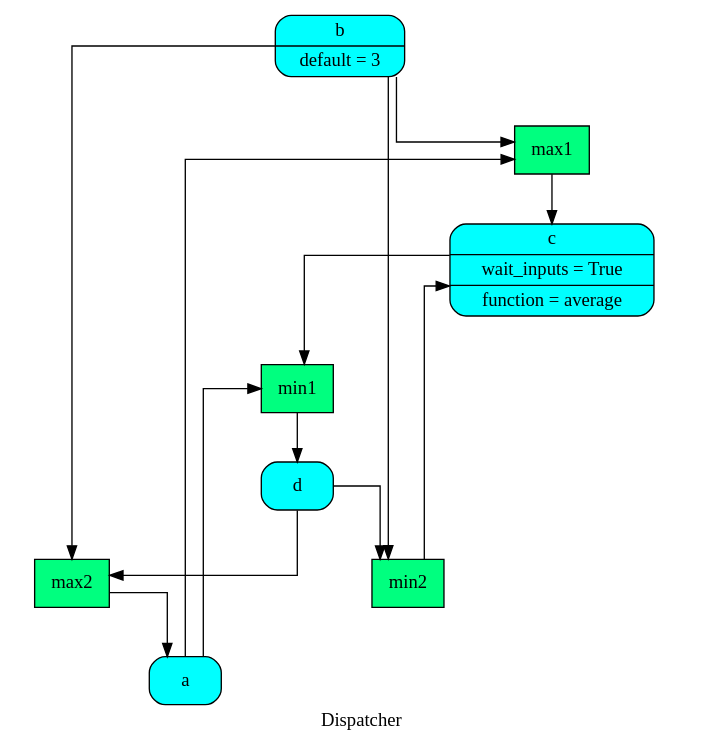
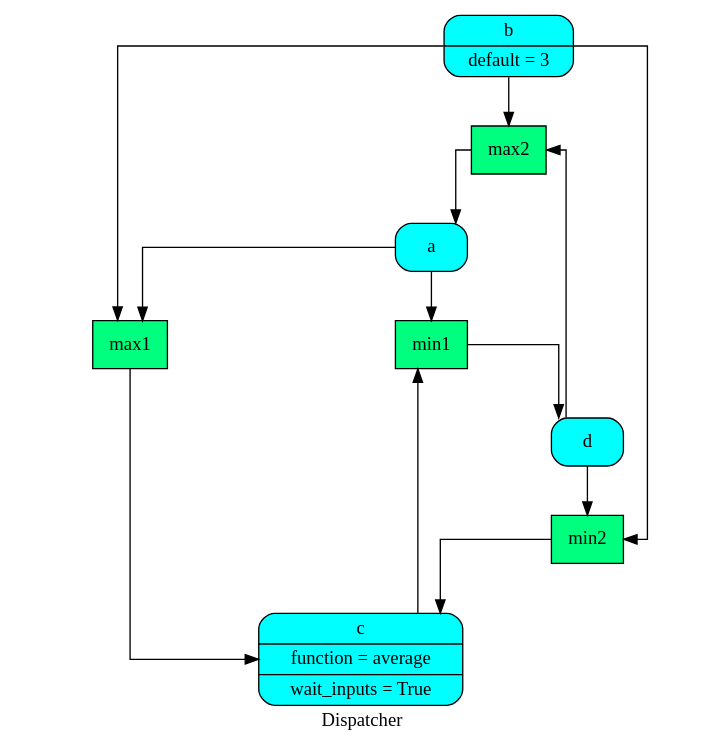
The diagram in doc/source/dispatcher/__init__/remove_cycles/dsp.dot (vinci1it2000/schedula), drawn with Graphviz before and after one commit. The commit also changed 23 other files, not shown here.

```diff
--- a/doc/source/dispatcher/__init__/remove_cycles/dsp.dot
+++ b/doc/source/dispatcher/__init__/remove_cycles/dsp.dot
@@ -1,26 +1,26 @@
 digraph Dispatcher {
 	graph [ratio=1]
 	node [style=filled]
 	splines = ortho
 	label = "Dispatcher"
-		Dispatcher_2818472975434021684 [label="{ max1  }" fillcolor=springgreen shape=record]
-		Dispatcher_1161704250910580454 [label="{ c | wait_inputs = True | function = average }" fillcolor=cyan shape=Mrecord]
-		"Dispatcher_-7776202301500148952" [label="{ a  }" fillcolor=cyan shape=Mrecord]
-		"Dispatcher_-3213620635472148116" [label="{ max2  }" fillcolor=springgreen shape=record]
-		"Dispatcher_-2731849412965960310" [label="{ min1  }" fillcolor=springgreen shape=record]
-		"Dispatcher_-2827990929827519670" [label="{ min2  }" fillcolor=springgreen shape=record]
-		Dispatcher_3212931600518739037 [label="{ b | default = 3 }" fillcolor=cyan shape=Mrecord]
-		Dispatcher_1248373816960019038 [label="{ d  }" fillcolor=cyan shape=Mrecord]
-			Dispatcher_2818472975434021684 -> Dispatcher_1161704250910580454
-			Dispatcher_1161704250910580454 -> "Dispatcher_-2731849412965960310"
-			"Dispatcher_-7776202301500148952" -> "Dispatcher_-2731849412965960310"
-			"Dispatcher_-7776202301500148952" -> Dispatcher_2818472975434021684
-			"Dispatcher_-3213620635472148116" -> "Dispatcher_-7776202301500148952"
-			"Dispatcher_-2731849412965960310" -> Dispatcher_1248373816960019038
-			"Dispatcher_-2827990929827519670" -> Dispatcher_1161704250910580454
-			Dispatcher_3212931600518739037 -> "Dispatcher_-3213620635472148116"
-			Dispatcher_3212931600518739037 -> "Dispatcher_-2827990929827519670"
-			Dispatcher_3212931600518739037 -> Dispatcher_2818472975434021684
-			Dispatcher_1248373816960019038 -> "Dispatcher_-2827990929827519670"
-			Dispatcher_1248373816960019038 -> "Dispatcher_-3213620635472148116"
+		"Dispatcher_-427784935824896063" [label="{ b | default = 3 }" fillcolor=cyan shape=Mrecord]
+		Dispatcher_5921309167029267979 [label="{ max2  }" fillcolor=springgreen shape=record]
+		Dispatcher_5626300579074633926 [label="{ c | function = average | wait_inputs = True }" fillcolor=cyan shape=Mrecord]
+		Dispatcher_2843993974906406982 [label="{ min1  }" fillcolor=springgreen shape=record]
+		Dispatcher_6219786496490120801 [label="{ max1  }" fillcolor=springgreen shape=record]
+		"Dispatcher_-3574468403947108869" [label="{ a  }" fillcolor=cyan shape=Mrecord]
+		Dispatcher_3039168859635525717 [label="{ min2  }" fillcolor=springgreen shape=record]
+		"Dispatcher_-6866225254170713515" [label="{ d  }" fillcolor=cyan shape=Mrecord]
+			"Dispatcher_-427784935824896063" -> Dispatcher_6219786496490120801
+			"Dispatcher_-427784935824896063" -> Dispatcher_5921309167029267979
+			"Dispatcher_-427784935824896063" -> Dispatcher_3039168859635525717
+			Dispatcher_5921309167029267979 -> "Dispatcher_-3574468403947108869"
+			Dispatcher_5626300579074633926 -> Dispatcher_2843993974906406982
+			Dispatcher_2843993974906406982 -> "Dispatcher_-6866225254170713515"
+			Dispatcher_6219786496490120801 -> Dispatcher_5626300579074633926
+			"Dispatcher_-3574468403947108869" -> Dispatcher_6219786496490120801
+			"Dispatcher_-3574468403947108869" -> Dispatcher_2843993974906406982
+			Dispatcher_3039168859635525717 -> Dispatcher_5626300579074633926
+			"Dispatcher_-6866225254170713515" -> Dispatcher_5921309167029267979
+			"Dispatcher_-6866225254170713515" -> Dispatcher_3039168859635525717
 }
```
